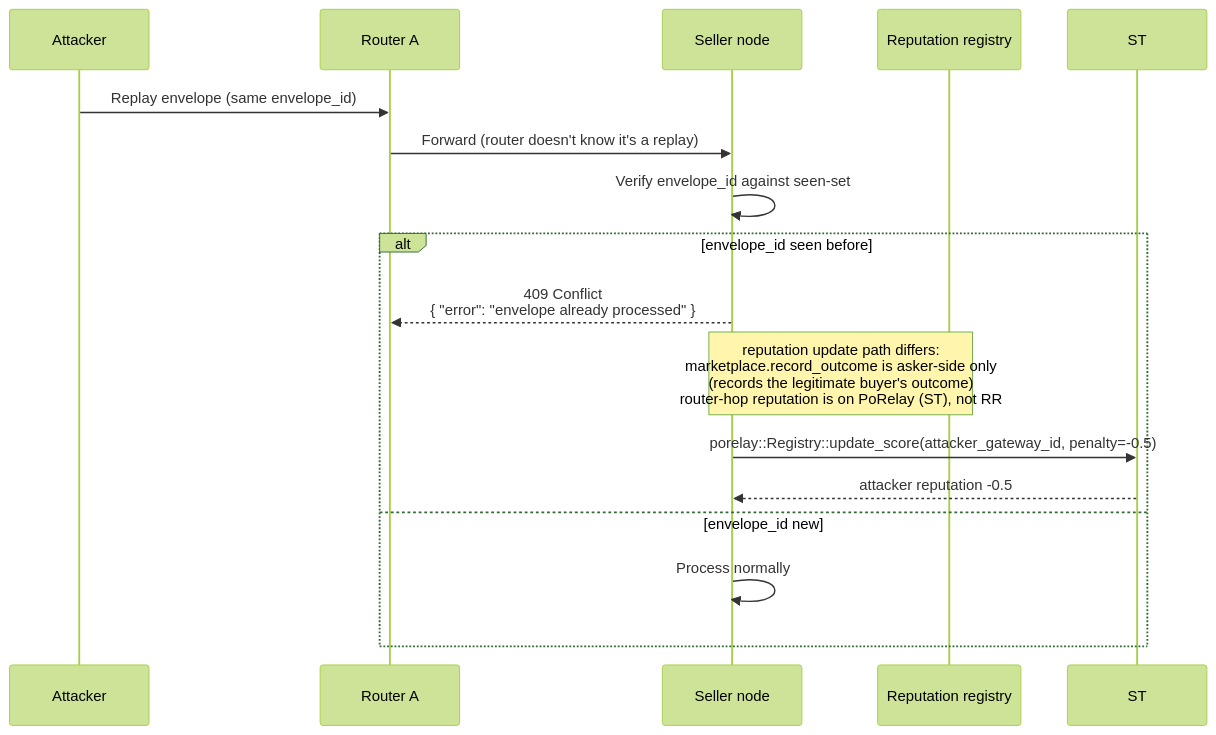
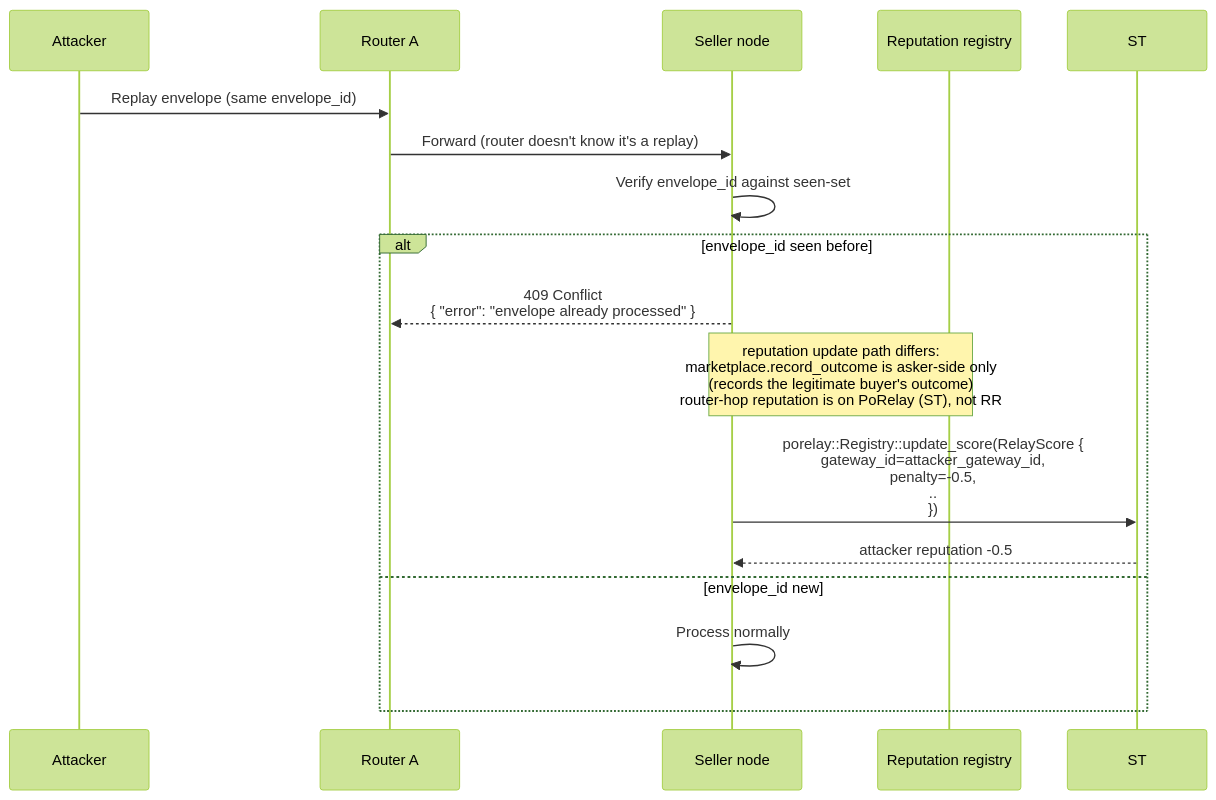
Diagram 11 of 14 in docs/architecture/end-to-end-scenarios.md (CipherOcto/cipherocto), drawn with Mermaid (forest theme) before and after one commit. The commit also changed other lines of this file, not shown here.

````diff
--- a/docs/architecture/end-to-end-scenarios.md
+++ b/docs/architecture/end-to-end-scenarios.md
@@ -480,19 +482,19 @@
 ```mermaid
 sequenceDiagram
     participant A as Attacker
     participant P1 as Router A
     participant SN as Seller node
     participant RR as Reputation registry
 
     A->>P1: Replay envelope (same envelope_id)
     P1->>SN: Forward (router doesn't know it's a replay)
     SN->>SN: Verify envelope_id against seen-set
     alt envelope_id seen before
         SN-->>P1: 409 Conflict<br/>{ "error": "envelope already processed" }
         Note over SN,RR: reputation update path differs:<br/>marketplace.record_outcome is asker-side only<br/>(records the legitimate buyer's outcome)<br/>router-hop reputation is on PoRelay (ST), not RR
-        SN->>ST: porelay::Registry::update_score(attacker_gateway_id, penalty=-0.5)
+        SN->>ST: porelay::Registry::update_score(RelayScore {<br/>  gateway_id=attacker_gateway_id,<br/>  penalty=-0.5,<br/>  ..<br/>})
         ST-->>SN: attacker reputation -0.5
     else envelope_id new
         SN->>SN: Process normally
     end
 ```
````
